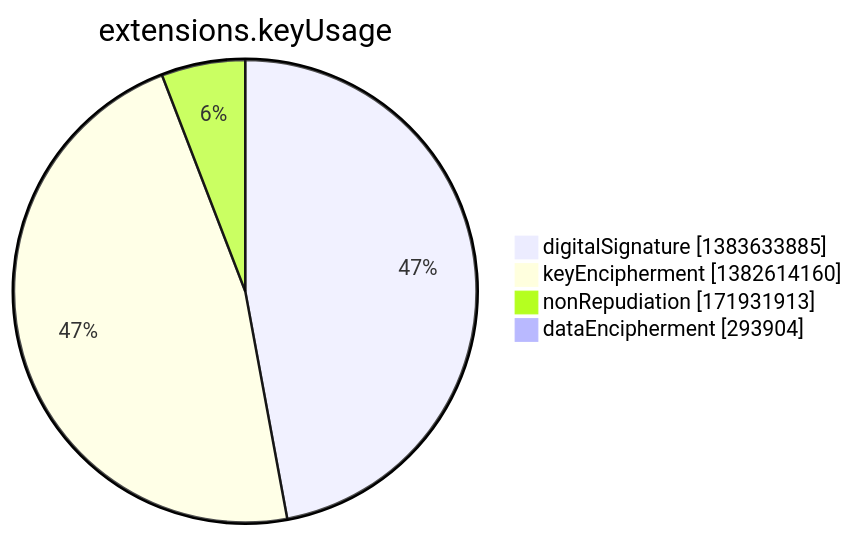
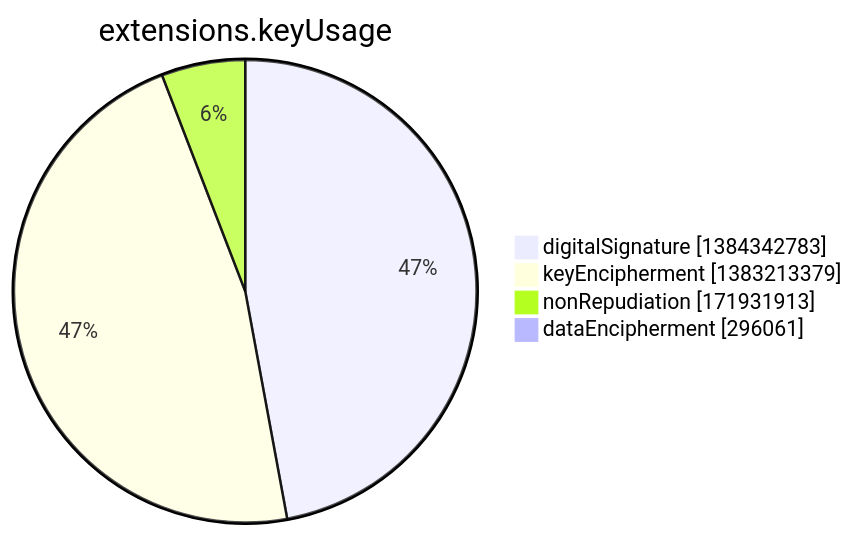
The seventh of 15 diagrams in argon2022/README.md (christiankrug/ctmonitor_visualization), drawn with Mermaid before and after one commit. The commit also changed other lines of this file, not shown here.

````diff
--- a/argon2022/README.md
+++ b/argon2022/README.md
@@ -2751,8 +2751,8 @@
 ```mermaid
 pie showData
 title extensions.keyUsage
-"digitalSignature" :1383633885
-"keyEncipherment" :1382614160
+"digitalSignature" :1384342783
+"keyEncipherment" :1383213379
 "nonRepudiation" :171931913
-"dataEncipherment" :293904
+"dataEncipherment" :296061
 ```
````
